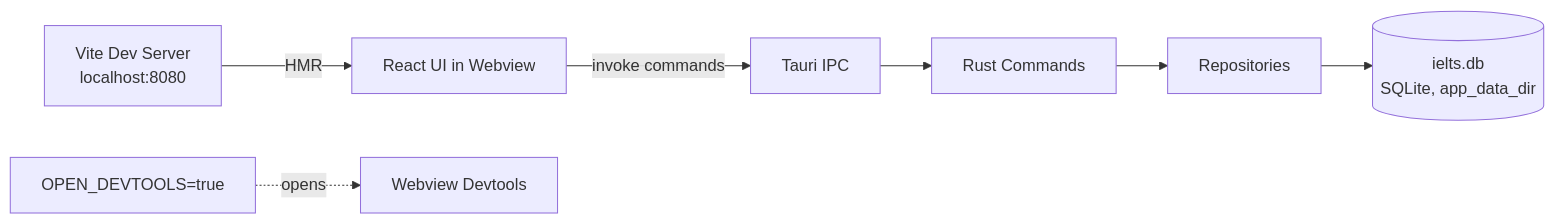
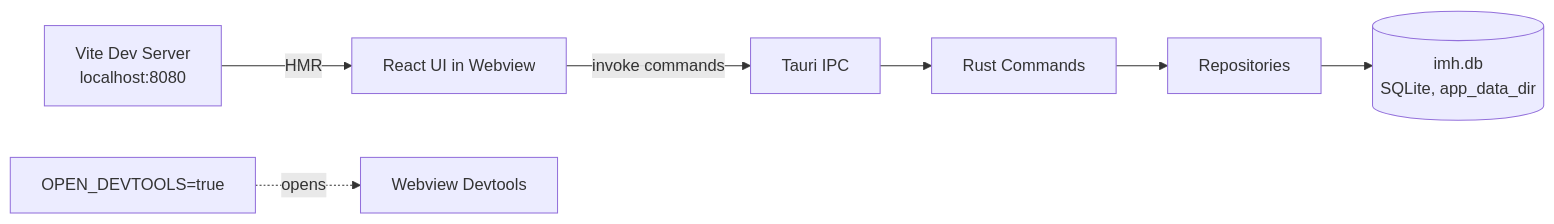
One commit to open-lingua/ielts-mastery-hub changed the diagram in website/docs/internals/getting-started/running-the-app.mdx. Above: the diagram before and after it, drawn with Mermaid. The commit also changed other lines of this file and 11 other files, not shown here.

Commit message:
chore: rename database file from ielts.db to imh.db

````diff
--- a/website/docs/internals/getting-started/running-the-app.mdx
+++ b/website/docs/internals/getting-started/running-the-app.mdx
@@ -55,9 +55,9 @@
 ```mermaid
 graph LR
   A[Vite Dev Server<br/>localhost:8080] -->|HMR| B[React UI in Webview]
   B -->|invoke commands| C[Tauri IPC]
   C --> D[Rust Commands]
   D --> E[Repositories]
-  E --> F[(ielts.db<br/>SQLite, app_data_dir)]
+  E --> F[(imh.db<br/>SQLite, app_data_dir)]
   G[OPEN_DEVTOOLS=true] -.opens.-> H[Webview Devtools]
 ```
````
